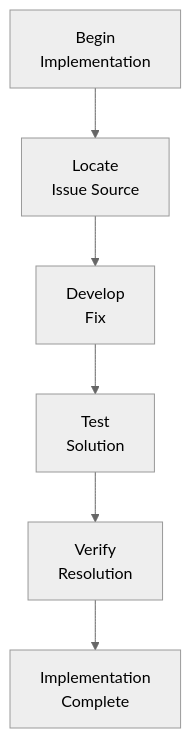
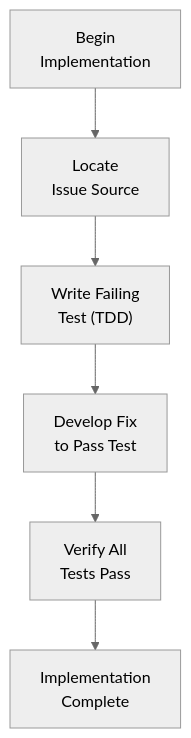
Before and after one commit to Texarkanine/.cursor-rules: the third of 5 diagrams in rulesets/niko/niko/Level1/workflow-level1.mdc, drawn with Mermaid (neutral theme). The commit also changed other lines of this file and 14 other files, not shown here.

````diff
--- a/rulesets/niko/niko/Level1/workflow-level1.mdc
+++ b/rulesets/niko/niko/Level1/workflow-level1.mdc
@@ -56,8 +56,8 @@
 ```mermaid
 graph TD
     Start["Begin<br>Implementation"] --> Locate["Locate<br>Issue Source"]
-    Locate --> Develop["Develop<br>Fix"]
-    Develop --> Test["Test<br>Solution"]
-    Test --> Verify["Verify<br>Resolution"]
+    Locate --> WriteTest["Write Failing<br>Test (TDD)"]
+    WriteTest --> Develop["Develop Fix<br>to Pass Test"]
+    Develop --> Verify["Verify All<br>Tests Pass"]
     Verify --> ImplComplete["Implementation<br>Complete"]
 ```
````
